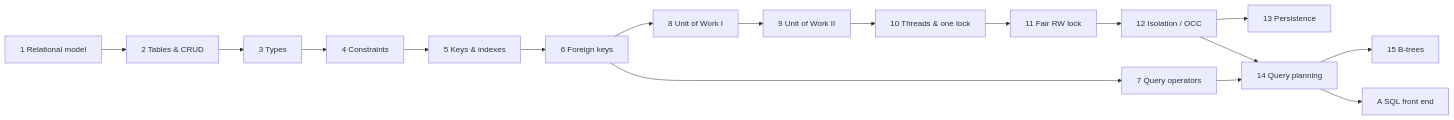
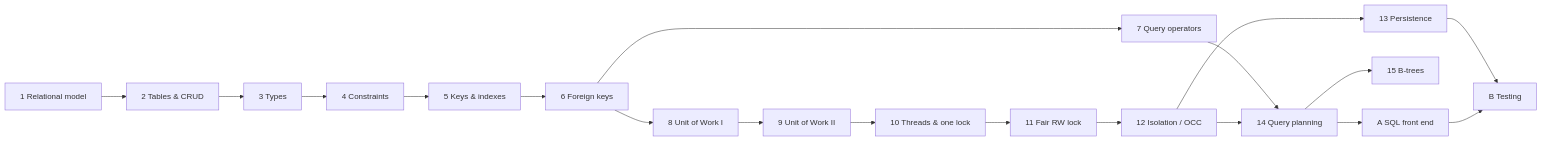
One commit to stefano-bragaglia/mini-db-book changed the diagram in docs/minidb-book/index.md. Above: the diagram before and after it, drawn with Mermaid. The commit also changed other lines of this file and 20 other files, not shown here.

````diff
--- a/docs/minidb-book/index.md
+++ b/docs/minidb-book/index.md
@@ -30,12 +30,14 @@
 ```mermaid
 flowchart LR
     C1[1 Relational model] --> C2[2 Tables & CRUD] --> C3[3 Types] --> C4[4 Constraints] --> C5[5 Keys & indexes] --> C6[6 Foreign keys]
     C6 --> C7[7 Query operators]
     C6 --> C8[8 Unit of Work I] --> C9[9 Unit of Work II]
     C9 --> C10[10 Threads & one lock] --> C11[11 Fair RW lock] --> C12[12 Isolation / OCC]
     C12 --> C13[13 Persistence]
     C7 --> C14[14 Query planning]
     C12 --> C14
     C14 --> C15[15 B-trees]
     C14 --> A[A SQL front end]
+    C13 --> B[B Testing]
+    A --> B
 ```
````
